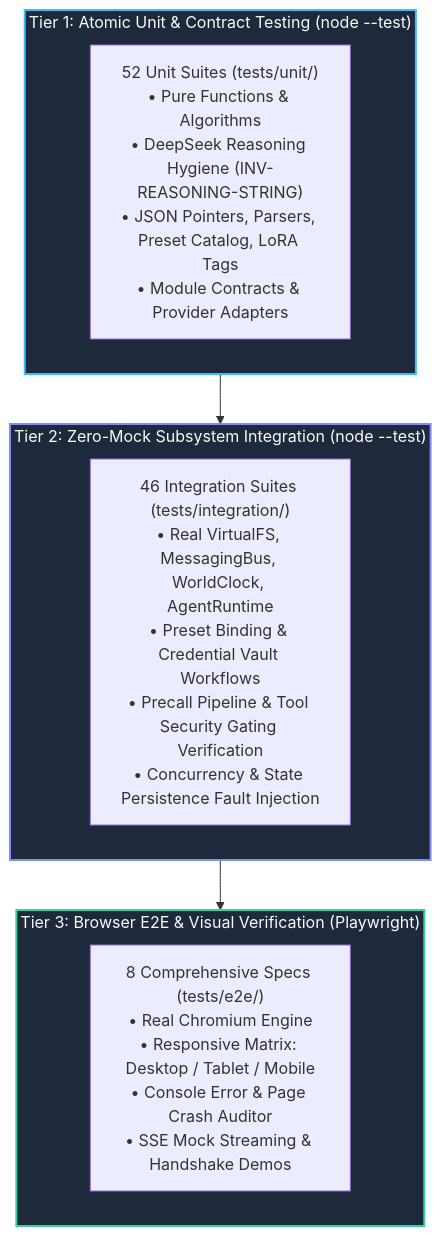
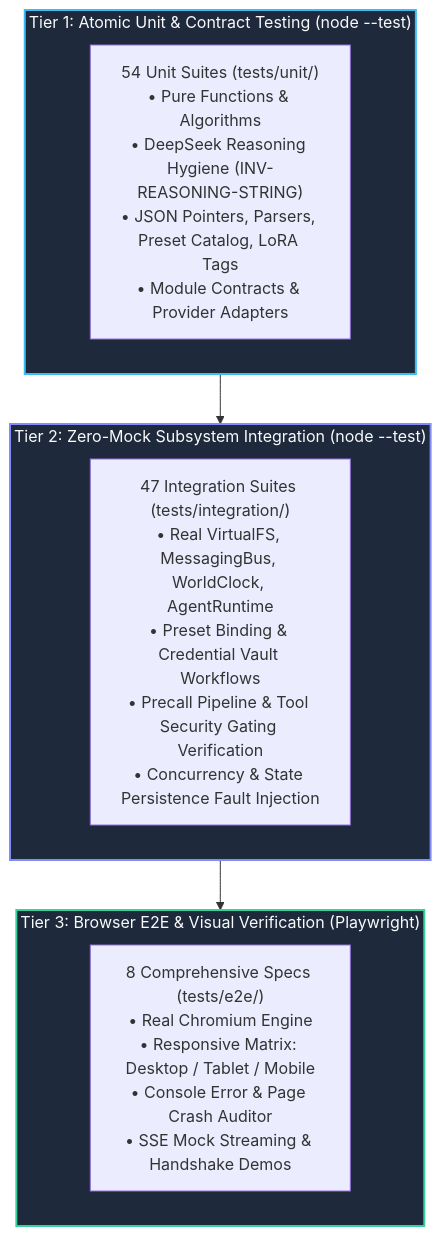
Before and after one commit to crestfallnafterdark/nightcurtain: the first of 3 diagrams in docs/testing/testing_strategy.md, drawn with Mermaid. The commit also changed other lines of this file and 4 other files, not shown here.

````diff
--- a/docs/testing/testing_strategy.md
+++ b/docs/testing/testing_strategy.md
@@ -15,24 +15,24 @@
 ```mermaid
 graph TD
     subgraph L3["Tier 3: Browser E2E & Visual Verification (Playwright)"]
         E2E["8 Comprehensive Specs (tests/e2e/)<br/>• Real Chromium Engine<br/>• Responsive Matrix: Desktop / Tablet / Mobile<br/>• Console Error & Page Crash Auditor<br/>• SSE Mock Streaming & Handshake Demos"]
     end
 
     subgraph L2["Tier 2: Zero-Mock Subsystem Integration (node --test)"]
-        INT["46 Integration Suites (tests/integration/)<br/>• Real VirtualFS, MessagingBus, WorldClock, AgentRuntime<br/>• Preset Binding & Credential Vault Workflows<br/>• Precall Pipeline & Tool Security Gating Verification<br/>• Concurrency & State Persistence Fault Injection"]
+        INT["47 Integration Suites (tests/integration/)<br/>• Real VirtualFS, MessagingBus, WorldClock, AgentRuntime<br/>• Preset Binding & Credential Vault Workflows<br/>• Precall Pipeline & Tool Security Gating Verification<br/>• Concurrency & State Persistence Fault Injection"]
     end
 
     subgraph L1["Tier 1: Atomic Unit & Contract Testing (node --test)"]
-        UNIT["52 Unit Suites (tests/unit/)<br/>• Pure Functions & Algorithms<br/>• DeepSeek Reasoning Hygiene (INV-REASONING-STRING)<br/>• JSON Pointers, Parsers, Preset Catalog, LoRA Tags<br/>• Module Contracts & Provider Adapters"]
+        UNIT["54 Unit Suites (tests/unit/)<br/>• Pure Functions & Algorithms<br/>• DeepSeek Reasoning Hygiene (INV-REASONING-STRING)<br/>• JSON Pointers, Parsers, Preset Catalog, LoRA Tags<br/>• Module Contracts & Provider Adapters"]
     end
 
     L1 --> L2
     L2 --> L3
 
     classDef l1 fill:#1e293b,stroke:#38bdf8,stroke-width:2px,color:#f8fafc;
     classDef l2 fill:#1e293b,stroke:#818cf8,stroke-width:2px,color:#f8fafc;
     classDef l3 fill:#1e293b,stroke:#34d399,stroke-width:2px,color:#f8fafc;
     class L1 l1;
     class L2 l2;
     class L3 l3;
 ```
````
